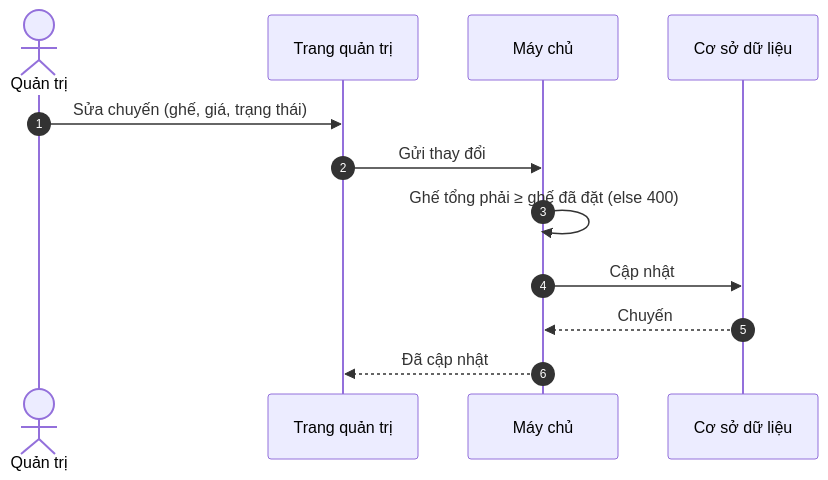
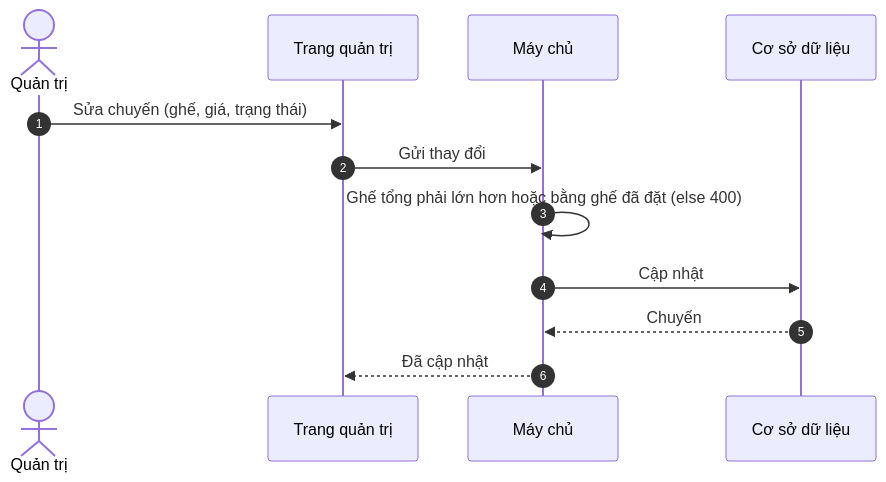
Diagram 21 of 36 in docs/03-reference/diagrams-admin.md (yurivolkov21/Tourism-Platform), drawn with Mermaid before and after one commit. The commit also changed other lines of this file and 3 other files, not shown here.

First line of the commit message:
docs(reference): fix Mermaid rendering — drop ; and unicode arrows from messages

````diff
--- a/docs/03-reference/diagrams-admin.md
+++ b/docs/03-reference/diagrams-admin.md
@@ -412,14 +412,14 @@
 ```mermaid
 sequenceDiagram
     autonumber
     actor AD as Quản trị
     participant FE as Trang quản trị
     participant API as Máy chủ
     participant DB as Cơ sở dữ liệu
     AD->>FE: Sửa chuyến (ghế, giá, trạng thái)
     FE->>API: Gửi thay đổi
-    API->>API: Ghế tổng phải ≥ ghế đã đặt (else 400)
+    API->>API: Ghế tổng phải lớn hơn hoặc bằng ghế đã đặt (else 400)
     API->>DB: Cập nhật
     DB-->>API: Chuyến
     API-->>FE: Đã cập nhật
 ```
````
